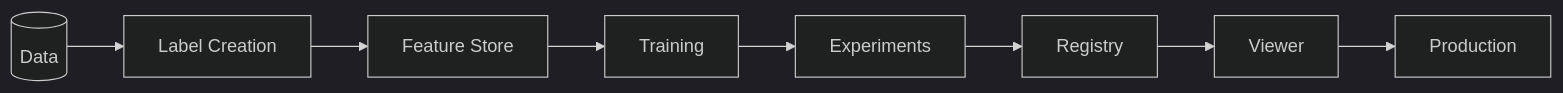
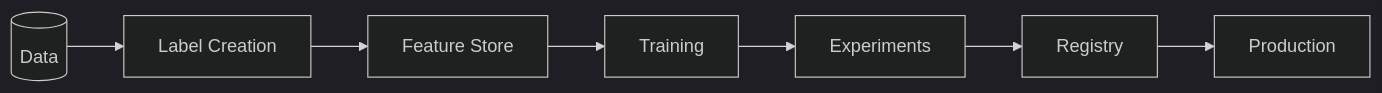
One commit to sfc-gh-kenokizono/mlops_snowflake_handson changed the first of 2 diagrams in docs/handson_guide.md. Above: the diagram before and after it, drawn with Mermaid (dark theme). The commit also changed other lines of this file and 5 other files, not shown here.

````diff
--- a/docs/handson_guide.md
+++ b/docs/handson_guide.md
@@ -15,4 +15,4 @@
 ```mermaid
 flowchart LR
-    A[(Data)] --> B[Label Creation] --> C[Feature Store] --> D[Training] --> E[Experiments] --> F[Registry] --> G[Viewer] --> H[Production]
+    A[(Data)] --> B[Label Creation] --> C[Feature Store] --> D[Training] --> E[Experiments] --> F[Registry] --> G[Production]
 ```
````
